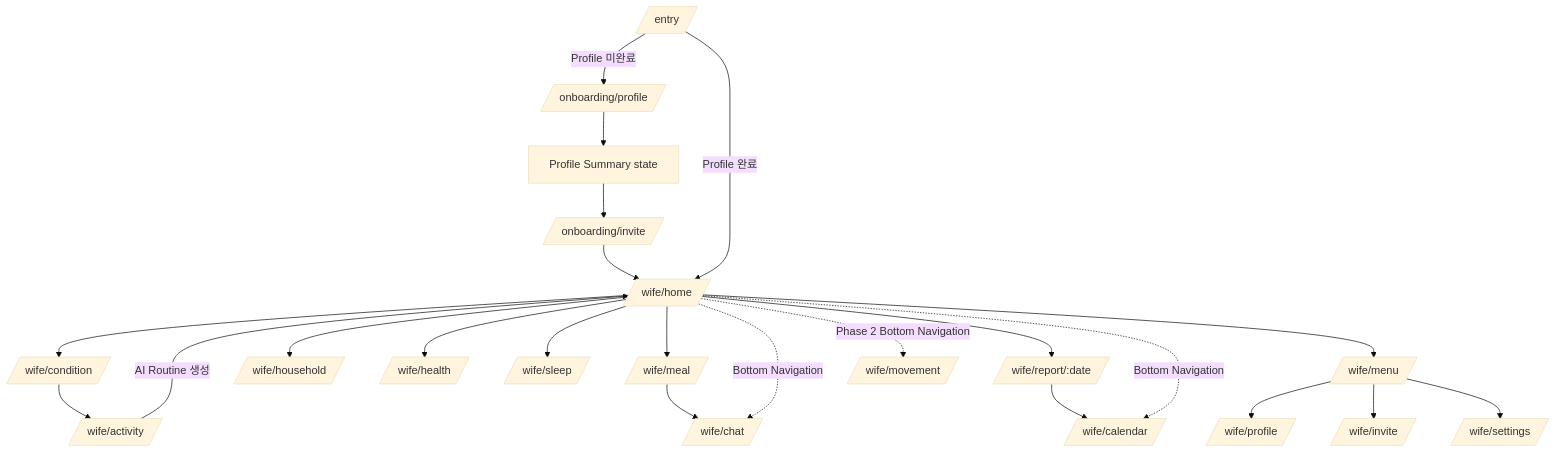
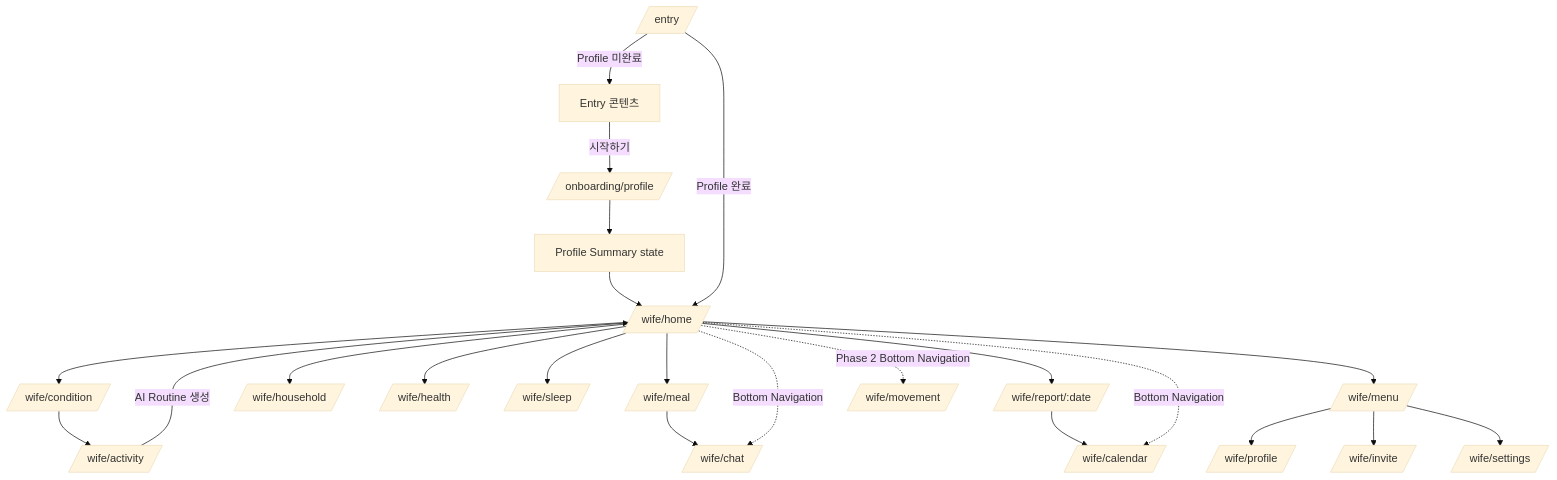
Before and after one commit to lgdxDORAEMI/PLM: the first of 2 diagrams in docs/development/ROUTE_MAP.md, drawn with Mermaid (base theme). The commit also changed other lines of this file and 25 other files, not shown here.

````diff
--- a/docs/development/ROUTE_MAP.md
+++ b/docs/development/ROUTE_MAP.md
@@ -188,25 +192,25 @@
 ```mermaid
 flowchart TD
-    E[/entry/] -->|Profile 미완료| P[/onboarding/profile/]
+    E[/entry/] -->|Profile 미완료| V[Entry 콘텐츠]
+    V -->|시작하기| P[/onboarding/profile/]
     P --> PS[Profile Summary state]
-    PS --> I[/onboarding/invite/]
-    I --> H[/wife/home/]
+    PS --> H[/wife/home/]
     E -->|Profile 완료| H
     H --> C[/wife/condition/]
     C --> A[/wife/activity/]
     A -->|AI Routine 생성| H
     H --> M[/wife/meal/]
     H --> HH[/wife/household/]
     H --> HE[/wife/health/]
     H --> S[/wife/sleep/]
     M --> CH[/wife/chat/]
     H --> R[/wife/report/:date/]
     R --> CAL[/wife/calendar/]
     H --> MENU[/wife/menu/]
     MENU --> EP[/wife/profile/]
     MENU --> WI[/wife/invite/]
     MENU --> ST[/wife/settings/]
     H -. Bottom Navigation .-> CH
     H -. Bottom Navigation .-> CAL
     H -. Phase 2 Bottom Navigation .-> MO[/wife/movement/]
 ```
````
